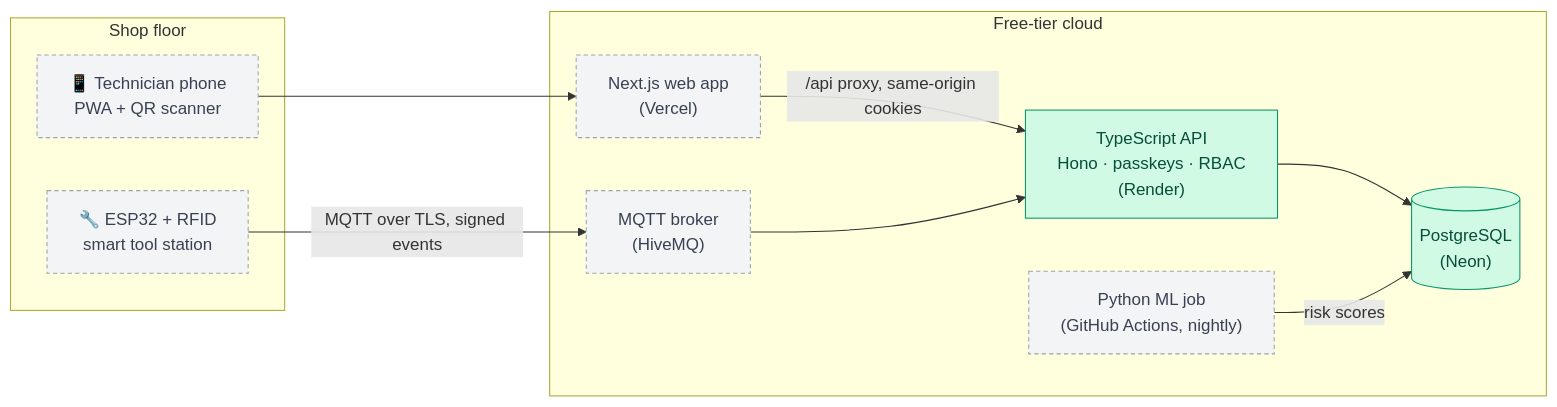
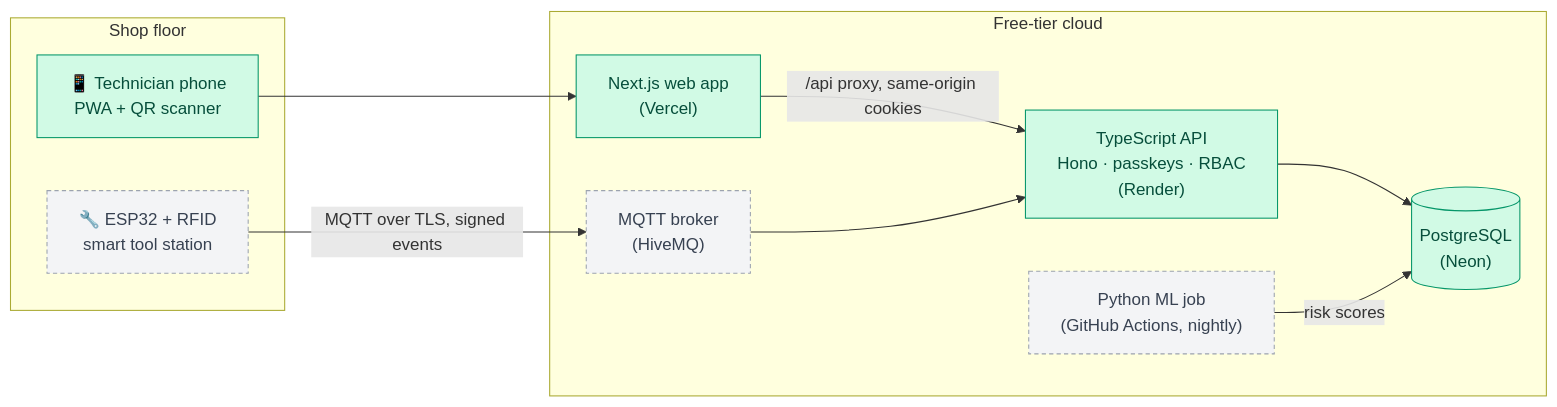
The diagram in README.md (vijayantrao/Tool-Trace), drawn with Mermaid before and after one commit. The commit also changed other lines of this file and 69 other files, not shown here.

````diff
--- a/README.md
+++ b/README.md
@@ -19,24 +35,24 @@
 ```mermaid
 flowchart LR
     subgraph Floor["Shop floor"]
         Phone["📱 Technician phone<br/>PWA + QR scanner"]
         Station["🔧 ESP32 + RFID<br/>smart tool station"]
     end
 
     subgraph Cloud["Free-tier cloud"]
         Web["Next.js web app<br/>(Vercel)"]
         API["TypeScript API<br/>Hono · passkeys · RBAC<br/>(Render)"]
         DB[("PostgreSQL<br/>(Neon)")]
         MQTT["MQTT broker<br/>(HiveMQ)"]
         ML["Python ML job<br/>(GitHub Actions, nightly)"]
     end
 
     Phone --> Web -->|"/api proxy, same-origin cookies"| API --> DB
     Station -->|"MQTT over TLS, signed events"| MQTT --> API
     ML -->|"risk scores"| DB
 
     classDef done fill:#d1fae5,stroke:#059669,color:#064e3b
     classDef next fill:#f3f4f6,stroke:#9ca3af,color:#374151,stroke-dasharray: 4 3
-    class API,DB done
-    class Web,Phone,Station,MQTT,ML next
+    class API,DB,Web,Phone done
+    class Station,MQTT,ML next
 ```
````
